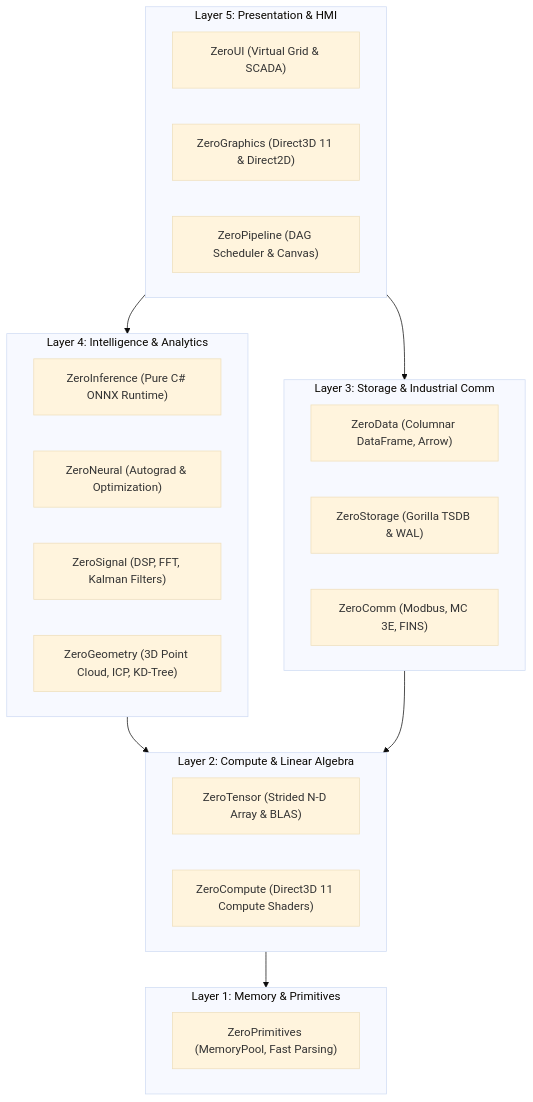
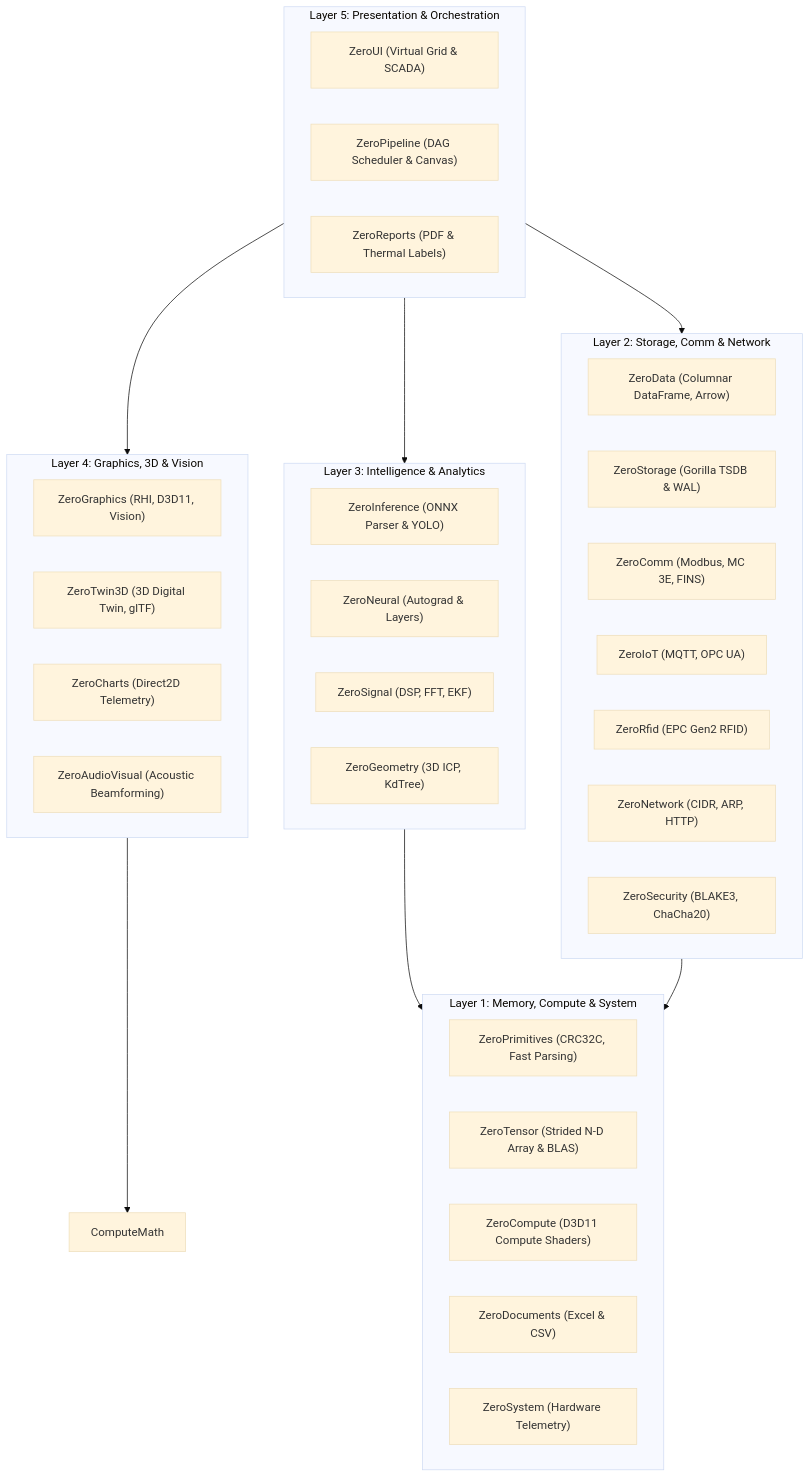
Before and after one commit to kzxl/ZeroPlatform: the diagram in docs/architect/platform-architecture.md, drawn with Mermaid (base theme). The commit also changed other lines of this file and 2 other files, not shown here.

Commit message:
docs: synchronize all 23 subsystem descriptions and architecture layers

````diff
--- a/docs/architect/platform-architecture.md
+++ b/docs/architect/platform-architecture.md
@@ -11,36 +11,47 @@
 ```mermaid
 graph TD
-    subgraph Presentation ["Layer 5: Presentation & HMI"]
+    subgraph Presentation ["Layer 5: Presentation & Orchestration"]
         UI["ZeroUI (Virtual Grid & SCADA)"]
-        Graph["ZeroGraphics (Direct3D 11 & Direct2D)"]
         Pipe["ZeroPipeline (DAG Scheduler & Canvas)"]
+        Reports["ZeroReports (PDF & Thermal Labels)"]
     end
 
-    subgraph Intelligence ["Layer 4: Intelligence & Analytics"]
-        Infer["ZeroInference (Pure C# ONNX Runtime)"]
-        Neural["ZeroNeural (Autograd & Optimization)"]
-        Signal["ZeroSignal (DSP, FFT, Kalman Filters)"]
-        Geom["ZeroGeometry (3D Point Cloud, ICP, KD-Tree)"]
+    subgraph Graphics3D ["Layer 4: Graphics, 3D & Vision"]
+        Graph["ZeroGraphics (RHI, D3D11, Vision)"]
+        Twin["ZeroTwin3D (3D Digital Twin, glTF)"]
+        Charts["ZeroCharts (Direct2D Telemetry)"]
+        AV["ZeroAudioVisual (Acoustic Beamforming)"]
     end
 
-    subgraph StorageComm ["Layer 3: Storage & Industrial Comm"]
+    subgraph Intelligence ["Layer 3: Intelligence & Analytics"]
+        Infer["ZeroInference (ONNX Parser & YOLO)"]
+        Neural["ZeroNeural (Autograd & Layers)"]
+        Signal["ZeroSignal (DSP, FFT, EKF)"]
+        Geom["ZeroGeometry (3D ICP, KdTree)"]
+    end
+
+    subgraph StorageComm ["Layer 2: Storage, Comm & Network"]
         Data["ZeroData (Columnar DataFrame, Arrow)"]
         Store["ZeroStorage (Gorilla TSDB & WAL)"]
         Comm["ZeroComm (Modbus, MC 3E, FINS)"]
+        IoT["ZeroIoT (MQTT, OPC UA)"]
+        Rfid["ZeroRfid (EPC Gen2 RFID)"]
+        Net["ZeroNetwork (CIDR, ARP, HTTP)"]
+        Sec["ZeroSecurity (BLAKE3, ChaCha20)"]
     end
 
-    subgraph ComputeMath ["Layer 2: Compute & Linear Algebra"]
+    subgraph Foundation ["Layer 1: Memory, Compute & System"]
+        Prim["ZeroPrimitives (CRC32C, Fast Parsing)"]
         Tensor["ZeroTensor (Strided N-D Array & BLAS)"]
-        Compute["ZeroCompute (Direct3D 11 Compute Shaders)"]
+        Compute["ZeroCompute (D3D11 Compute Shaders)"]
+        Docs["ZeroDocuments (Excel & CSV)"]
+        Sys["ZeroSystem (Hardware Telemetry)"]
     end
 
-    subgraph Foundation ["Layer 1: Memory & Primitives"]
-        Prim["ZeroPrimitives (MemoryPool, Fast Parsing)"]
-    end
-
+    Presentation --> Graphics3D
     Presentation --> Intelligence
     Presentation --> StorageComm
-    Intelligence --> ComputeMath
-    StorageComm --> ComputeMath
-    ComputeMath --> Foundation
+    Graphics3D --> ComputeMath
+    Intelligence --> Foundation
+    StorageComm --> Foundation
 ```
````
